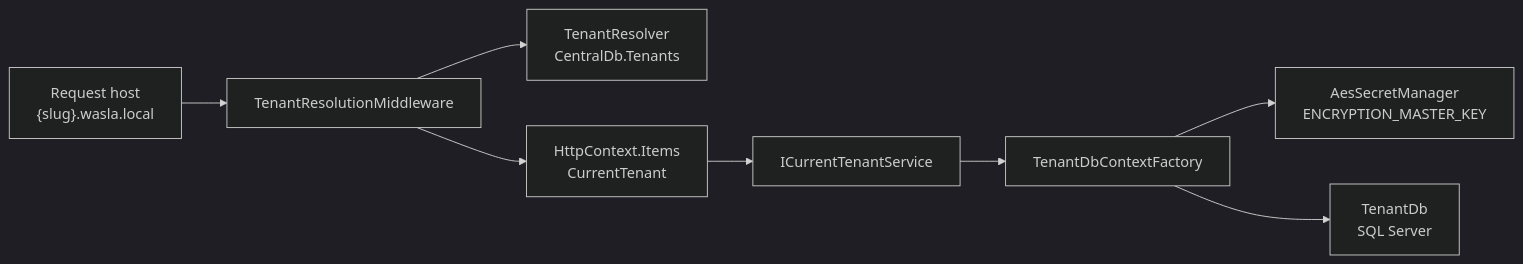
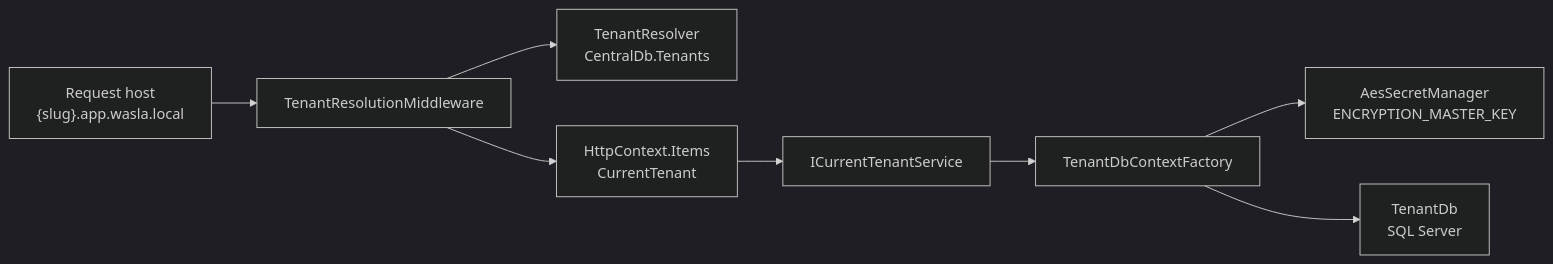
Before and after one commit to maliozd/Wasla: the diagram in docs/architecture/tenancy.md, drawn with Mermaid (dark theme). The commit also changed other lines of this file and 90 other files, not shown here.

First line of the commit message:
feat(routing): app.wasla.tr entry and {slug}.app.wasla.tr tenant hosts (WAS-66)

````diff
--- a/docs/architecture/tenancy.md
+++ b/docs/architecture/tenancy.md
@@ -22,10 +22,10 @@
 ```mermaid
 flowchart LR
-  Host["Request host\n{slug}.wasla.local"] --> MW["TenantResolutionMiddleware"]
+  Host["Request host\n{slug}.app.wasla.local"] --> MW["TenantResolutionMiddleware"]
   MW --> Resolver["TenantResolver\nCentralDb.Tenants"]
   MW --> Items["HttpContext.Items\nCurrentTenant"]
   Items --> CTS["ICurrentTenantService"]
   CTS --> Factory["TenantDbContextFactory"]
   Factory --> Decrypt["AesSecretManager\nENCRYPTION_MASTER_KEY"]
   Factory --> TenantDb["TenantDb\nSQL Server"]
 ```
````
